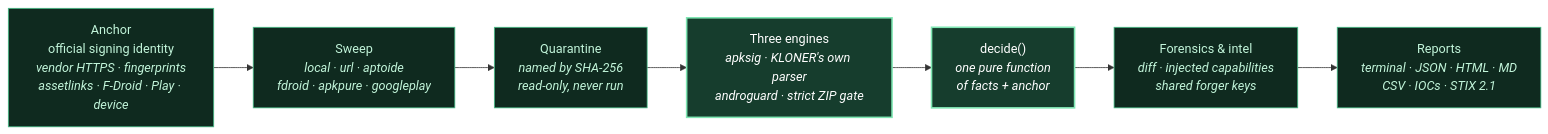
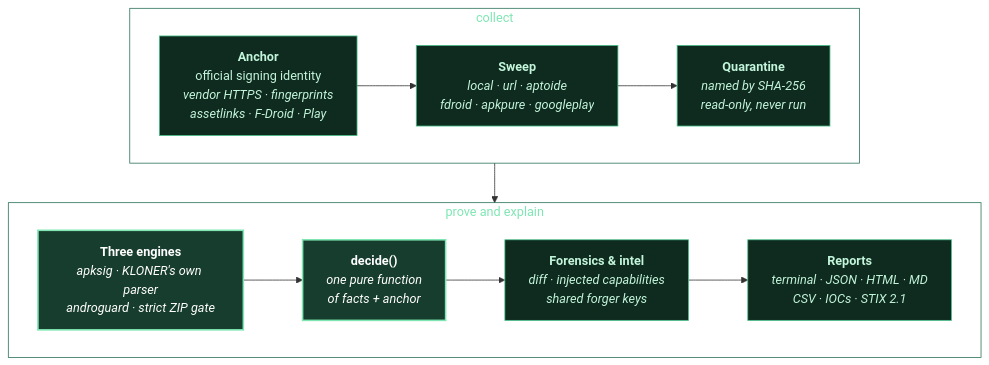
The second of 4 diagrams in README.md (0xKript/KLONER), drawn with Mermaid before and after one commit. The commit also changed other lines of this file and 3 other files, not shown here.

````diff
--- a/README.md
+++ b/README.md
@@ -116,13 +116,21 @@
 ```mermaid
-flowchart LR
-    A["Anchor<br/>official signing identity<br/><i>vendor HTTPS · fingerprints<br/>assetlinks · F-Droid · Play · device</i>"] --> S["Sweep<br/><i>local · url · aptoide<br/>fdroid · apkpure · googleplay</i>"]
-    S --> Q["Quarantine<br/><i>named by SHA-256<br/>read-only, never run</i>"]
-    Q --> V["Three engines<br/><i>apksig · KLONER's own parser<br/>androguard · strict ZIP gate</i>"]
-    V --> D["decide()<br/><i>one pure function<br/>of facts + anchor</i>"]
-    D --> F["Forensics & intel<br/><i>diff · injected capabilities<br/>shared forger keys</i>"]
-    F --> R["Reports<br/><i>terminal · JSON · HTML · MD<br/>CSV · IOCs · STIX 2.1</i>"]
+flowchart TB
+    subgraph IN [" collect "]
+        direction LR
+        A["<b>Anchor</b><br/>official signing identity<br/><i>vendor HTTPS · fingerprints<br/>assetlinks · F-Droid · Play</i>"] --> S["<b>Sweep</b><br/><i>local · url · aptoide<br/>fdroid · apkpure · googleplay</i>"]
+        S --> Q["<b>Quarantine</b><br/><i>named by SHA-256<br/>read-only, never run</i>"]
+    end
+    subgraph OUT [" prove and explain "]
+        direction LR
+        V["<b>Three engines</b><br/><i>apksig · KLONER's own parser<br/>androguard · strict ZIP gate</i>"] --> D["<b>decide()</b><br/><i>one pure function<br/>of facts + anchor</i>"]
+        D --> F["<b>Forensics & intel</b><br/><i>diff · injected capabilities<br/>shared forger keys</i>"]
+        F --> R["<b>Reports</b><br/><i>terminal · JSON · HTML · MD<br/>CSV · IOCs · STIX 2.1</i>"]
+    end
+    IN --> OUT
     classDef node fill:#0f2a1f,stroke:#45bf88,color:#c2f5da
     classDef core fill:#163d2d,stroke:#7fe6b3,stroke-width:2px,color:#ffffff
     class A,S,Q,F,R node
     class V,D core
+    style IN fill:none,stroke:#2b7258,color:#7fe6b3
+    style OUT fill:none,stroke:#2b7258,color:#7fe6b3
 ```
````
